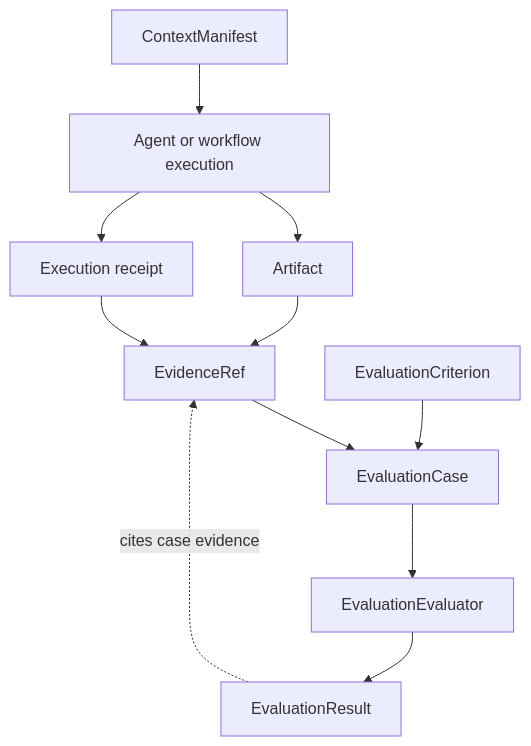
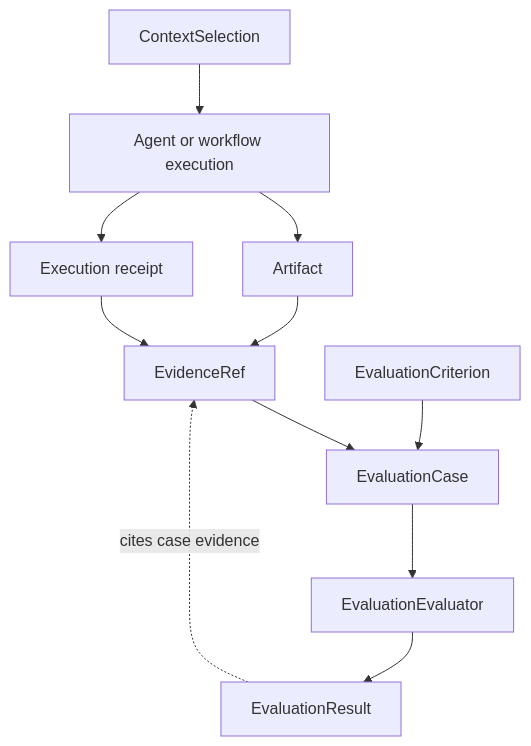
One commit to theGeekist/llm-core changed the diagram in docs/capabilities/evaluation.md. Above: the diagram before and after it, drawn with Mermaid. The commit also changed 203 other files, not shown here.

````diff
--- a/docs/capabilities/evaluation.md
+++ b/docs/capabilities/evaluation.md
@@ -14,13 +14,13 @@
 ```mermaid
 flowchart TB
-  Context["ContextManifest"] --> Run["Agent or workflow execution"]
+  Context["ContextSelection"] --> Run["Agent or workflow execution"]
   Run --> Artifact["Artifact"]
   Run --> Receipt["Execution receipt"]
   Artifact --> Evidence["EvidenceRef"]
   Receipt --> Evidence
   Evidence --> Case["EvaluationCase"]
   Criterion["EvaluationCriterion"] --> Case
   Case --> Evaluator["EvaluationEvaluator"]
   Evaluator --> Result["EvaluationResult"]
   Result -. "cites case evidence" .-> Evidence
 ```
````
